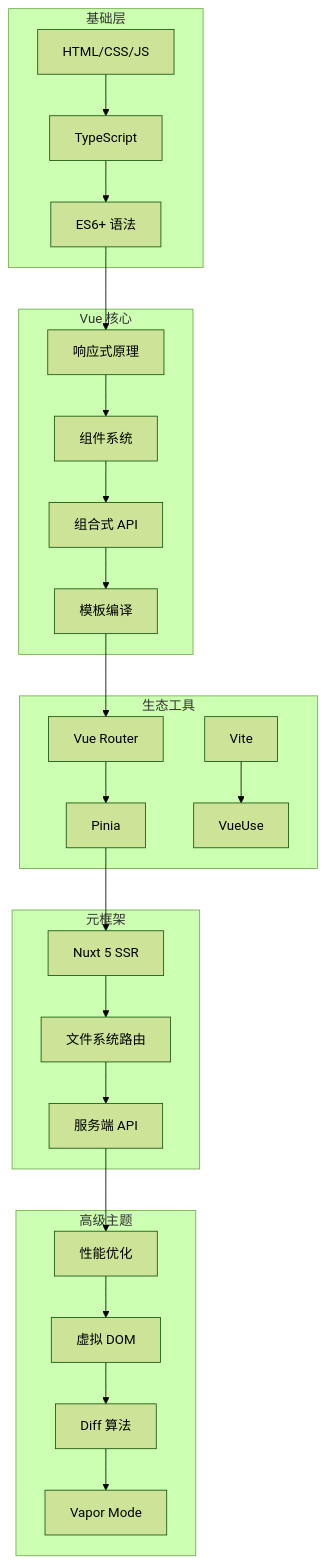
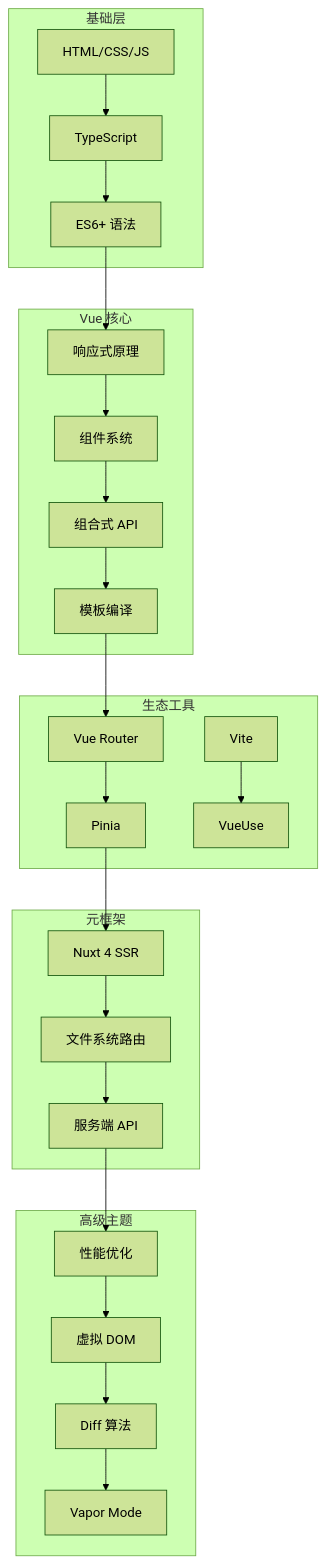
One commit to KMaybe01/interview-demo changed the second of 49 diagrams in docs/S2-框架深入/01-Vue3.md. Above: the diagram before and after it, drawn with Mermaid (forest theme). The commit also changed other lines of this file and 8 other files, not shown here.

````diff
--- a/docs/S2-框架深入/01-Vue3.md
+++ b/docs/S2-框架深入/01-Vue3.md
@@ -55,34 +57,34 @@
 ```mermaid
 flowchart TB
     subgraph 基础层
         A1["HTML/CSS/JS"] --> A2["TypeScript"]
         A2 --> A3["ES6+ 语法"]
     end
 
     subgraph Vue 核心
         B1["响应式原理"] --> B2["组件系统"]
         B2 --> B3["组合式 API"]
         B3 --> B4["模板编译"]
     end
 
     subgraph 生态工具
         C1["Vue Router"] --> C2["Pinia"]
         C3["Vite"] --> C4["VueUse"]
     end
 
     subgraph 元框架
-        D1["Nuxt 5 SSR"] --> D2["文件系统路由"]
+        D1["Nuxt 4 SSR"] --> D2["文件系统路由"]
         D2 --> D3["服务端 API"]
     end
 
     subgraph 高级主题
         E1["性能优化"] --> E2["虚拟 DOM"]
         E2 --> E3["Diff 算法"]
         E3 --> E4["Vapor Mode"]
     end
 
     A3 --> B1
     B4 --> C1
     C2 --> D1
     D3 --> E1
 ```
````
